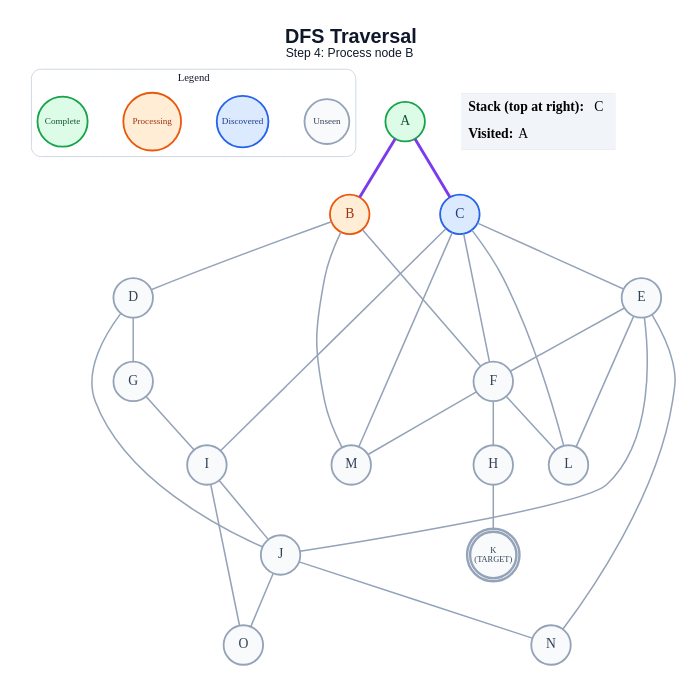
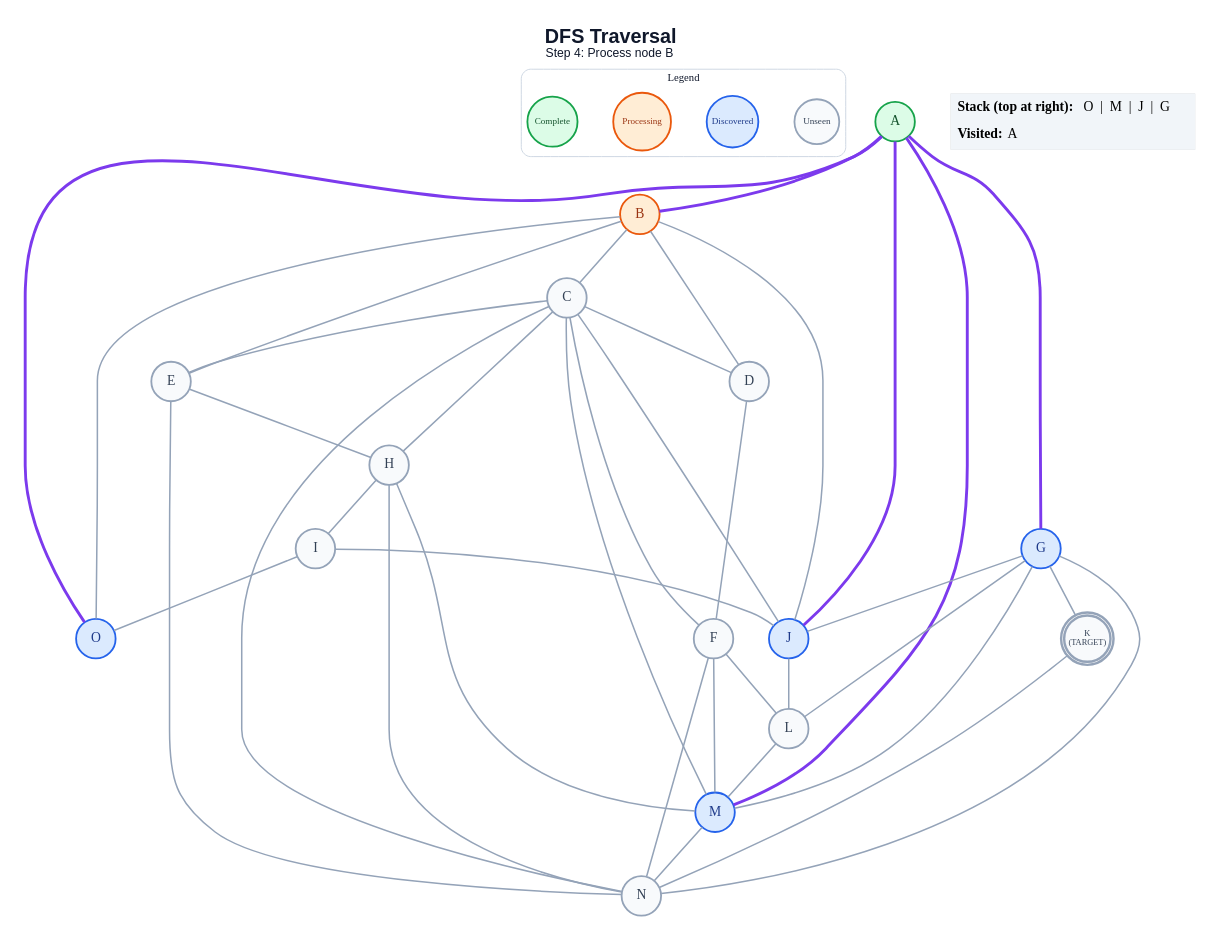
One commit to anon7238593-create/ai-slop changed the diagram in generated/dfs/step_04.dot. Above: the diagram before and after it, drawn with Graphviz. The commit also changed 361 other files, not shown here.

```diff
--- a/generated/dfs/step_04.dot
+++ b/generated/dfs/step_04.dot
@@ -1,59 +1,71 @@
 graph traversal {
   graph [layout=dot, rankdir=TB, bgcolor="#FFFFFF", pad="0.35", nodesep="0.65", ranksep="0.8", fontname="Arial"];
   node [shape=circle, style="filled", fontname="Arial Bold", fontsize=18, width=0.72, fixedsize=true, penwidth=2.4];
   edge [color="#94A3B8", penwidth=2.0];
   label=<<B>DFS Traversal</B><BR/><FONT POINT-SIZE="16">Step 4: Process node B</FONT>>; labelloc="t"; fontsize=26; fontname="Arial"; fontcolor="#0F172A";
   subgraph cluster_legend { label="Legend"; color="#CBD5E1"; penwidth=1.2; style="rounded"; fontsize=14; fontname="Arial Bold";
     key_unseen [label="Unseen", fillcolor="#F8FAFC", color="#94A3B8", fontcolor="#334155", fontsize=12, width=0.82];
     key_frontier [label="Discovered", fillcolor="#DBEAFE", color="#2563EB", fontcolor="#1E3A8A", fontsize=12, width=0.95];
     key_current [label="Processing", fillcolor="#FFEDD5", color="#EA580C", fontcolor="#9A3412", fontsize=12, width=1.05];
     key_done [label="Complete", fillcolor="#DCFCE7", color="#16A34A", fontcolor="#14532D", fontsize=12, width=0.92];
     { rank=same; key_unseen; key_frontier; key_current; key_done; }
   }
   A [label="A", fillcolor="#DCFCE7", color="#16A34A", fontcolor="#14532D", peripheries=1, penwidth=2.4];
   B [label="B", fillcolor="#FFEDD5", color="#EA580C", fontcolor="#9A3412", peripheries=1, penwidth=2.4];
-  C [label="C", fillcolor="#DBEAFE", color="#2563EB", fontcolor="#1E3A8A", peripheries=1, penwidth=2.4];
+  C [label="C", fillcolor="#F8FAFC", color="#94A3B8", fontcolor="#334155", peripheries=1, penwidth=2.4];
   D [label="D", fillcolor="#F8FAFC", color="#94A3B8", fontcolor="#334155", peripheries=1, penwidth=2.4];
   E [label="E", fillcolor="#F8FAFC", color="#94A3B8", fontcolor="#334155", peripheries=1, penwidth=2.4];
   F [label="F", fillcolor="#F8FAFC", color="#94A3B8", fontcolor="#334155", peripheries=1, penwidth=2.4];
-  G [label="G", fillcolor="#F8FAFC", color="#94A3B8", fontcolor="#334155", peripheries=1, penwidth=2.4];
+  G [label="G", fillcolor="#DBEAFE", color="#2563EB", fontcolor="#1E3A8A", peripheries=1, penwidth=2.4];
   H [label="H", fillcolor="#F8FAFC", color="#94A3B8", fontcolor="#334155", peripheries=1, penwidth=2.4];
   I [label="I", fillcolor="#F8FAFC", color="#94A3B8", fontcolor="#334155", peripheries=1, penwidth=2.4];
-  J [label="J", fillcolor="#F8FAFC", color="#94A3B8", fontcolor="#334155", peripheries=1, penwidth=2.4];
+  J [label="J", fillcolor="#DBEAFE", color="#2563EB", fontcolor="#1E3A8A", peripheries=1, penwidth=2.4];
   K [label="K\n(TARGET)", fillcolor="#F8FAFC", color="#94A3B8", fontcolor="#334155", peripheries=2, penwidth=3.2, fontsize=11, width=0.85, height=0.85];
   L [label="L", fillcolor="#F8FAFC", color="#94A3B8", fontcolor="#334155", peripheries=1, penwidth=2.4];
-  M [label="M", fillcolor="#F8FAFC", color="#94A3B8", fontcolor="#334155", peripheries=1, penwidth=2.4];
+  M [label="M", fillcolor="#DBEAFE", color="#2563EB", fontcolor="#1E3A8A", peripheries=1, penwidth=2.4];
   N [label="N", fillcolor="#F8FAFC", color="#94A3B8", fontcolor="#334155", peripheries=1, penwidth=2.4];
-  O [label="O", fillcolor="#F8FAFC", color="#94A3B8", fontcolor="#334155", peripheries=1, penwidth=2.4];
+  O [label="O", fillcolor="#DBEAFE", color="#2563EB", fontcolor="#1E3A8A", peripheries=1, penwidth=2.4];
   A -- B [color="#7C3AED", penwidth=3.8];
-  A -- C [color="#7C3AED", penwidth=3.8];
+  A -- G [color="#7C3AED", penwidth=3.8];
+  A -- J [color="#7C3AED", penwidth=3.8];
+  A -- M [color="#7C3AED", penwidth=3.8];
+  A -- O [color="#7C3AED", penwidth=3.8];
+  B -- C;
   B -- D;
-  B -- F;
-  B -- M;
+  B -- E;
+  B -- J;
+  B -- O;
+  C -- D;
   C -- E;
   C -- F;
-  C -- I;
-  C -- L;
+  C -- H;
+  C -- J;
   C -- M;
-  D -- G;
-  D -- J;
-  E -- F;
-  E -- J;
-  E -- L;
+  C -- N;
+  D -- F;
+  E -- H;
   E -- N;
-  F -- H;
   F -- L;
   F -- M;
-  G -- I;
-  H -- K;
+  F -- N;
+  G -- J;
+  G -- K;
+  G -- L;
+  G -- M;
+  G -- N;
+  H -- I;
+  H -- M;
+  H -- N;
   I -- J;
   I -- O;
-  J -- N;
-  J -- O;
+  J -- L;
+  K -- N;
+  L -- M;
+  M -- N;
   status [shape=plain, fixedsize=false, width=0, height=0, margin=0, label=<
     <TABLE BORDER="0" CELLBORDER="0" CELLPADDING="7" BGCOLOR="#F1F5F9">
-      <TR><TD ALIGN="LEFT"><B>Stack (top at right):</B> C</TD></TR>
+      <TR><TD ALIGN="LEFT"><B>Stack (top at right):</B> O  |  M  |  J  |  G</TD></TR>
       <TR><TD ALIGN="LEFT"><B>Visited:</B> A</TD></TR>
     </TABLE>
   >];
 }
```
